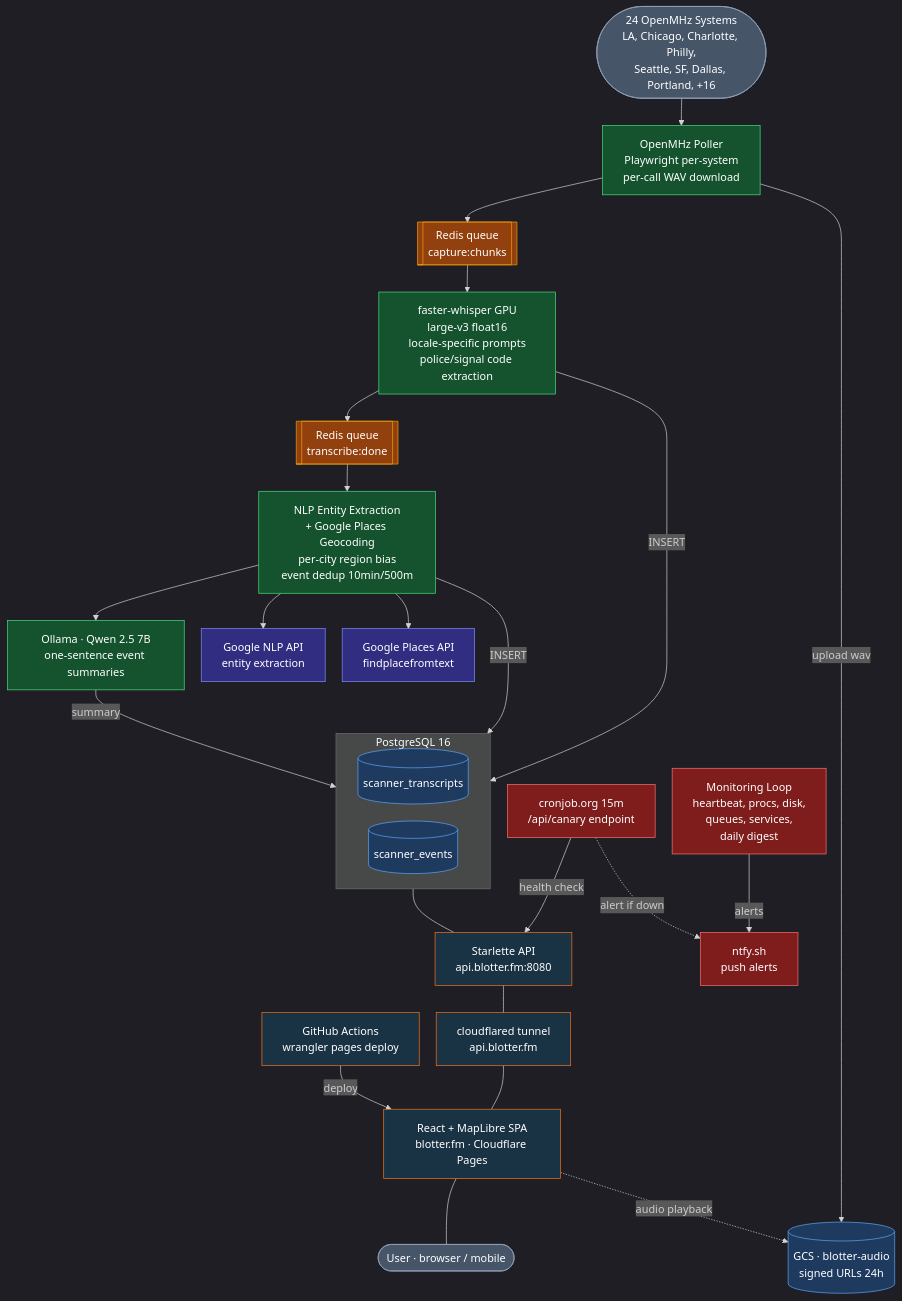
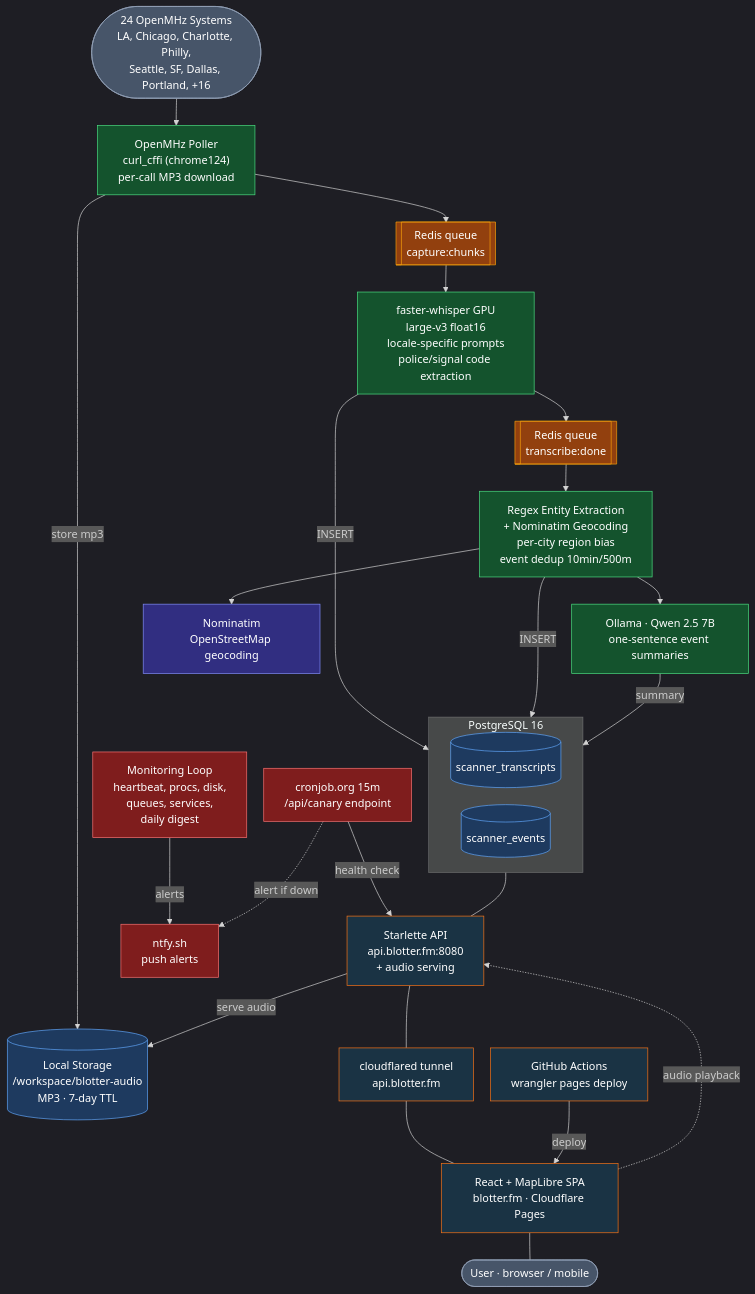
Before and after one commit to sean-reid/blotter: the diagram in README.md, drawn with Mermaid. The commit also changed other lines of this file and 1 other file, not shown here.

First line of the commit message:
Update architecture docs to reflect GCP removal

```diff
--- a/README.md
+++ b/README.md
@@ -14,7 +14,7 @@
 
   FEEDS(["24 OpenMHz Systems<br/>LA, Chicago, Charlotte, Philly,<br/>Seattle, SF, Dallas, Portland, +16"])
 
-  CAPTURE["OpenMHz Poller<br/>Playwright per-system<br/>per-call WAV download"]
+  CAPTURE["OpenMHz Poller<br/>curl_cffi (chrome124)<br/>per-call MP3 download"]
 
   Q1[["Redis queue<br/>capture:chunks"]]
 
@@ -22,7 +22,7 @@
 
   Q2[["Redis queue<br/>transcribe:done"]]
 
-  EXTRACT["NLP Entity Extraction<br/>+ Google Places Geocoding<br/>per-city region bias<br/>event dedup 10min/500m"]
+  EXTRACT["Regex Entity Extraction<br/>+ Nominatim Geocoding<br/>per-city region bias<br/>event dedup 10min/500m"]
 
   OLLAMA["Ollama · Qwen 2.5 7B<br/>one-sentence event summaries"]
 
@@ -32,14 +32,14 @@
     T_EV[("scanner_events")]
   end
 
-  API["Starlette API<br/>api.blotter.fm:8080"]
+  LOCAL[("Local Storage<br/>/workspace/blotter-audio<br/>MP3 · 7-day TTL")]
+
+  API["Starlette API<br/>api.blotter.fm:8080<br/>+ audio serving"]
   TUNNEL["cloudflared tunnel<br/>api.blotter.fm"]
   SPA["React + MapLibre SPA<br/>blotter.fm · Cloudflare Pages"]
   USER(["User · browser / mobile"])
 
-  GCS[("GCS · blotter-audio<br/>signed URLs 24h")]
-  GNLP["Google NLP API<br/>entity extraction"]
-  GPLACES["Google Places API<br/>findplacefromtext"]
+  NOM["Nominatim<br/>OpenStreetMap geocoding"]
 
   MON["Monitoring Loop<br/>heartbeat, procs, disk,<br/>queues, services,<br/>daily digest"]
   NTFY["ntfy.sh<br/>push alerts"]
@@ -62,11 +62,11 @@
   TUNNEL --- SPA
   SPA --- USER
 
-  CAPTURE -->|"upload wav"| GCS
-  SPA -.->|"audio playback"| GCS
+  CAPTURE -->|"store mp3"| LOCAL
+  API -->|"serve audio"| LOCAL
+  SPA -.->|"audio playback"| API
 
-  EXTRACT --> GNLP
-  EXTRACT --> GPLACES
+  EXTRACT --> NOM
 
   MON -->|"alerts"| NTFY
   CANARY -->|"health check"| API
@@ -77,15 +77,15 @@
   classDef queue fill:#92400e,stroke:#f59e0b,color:#fff
   classDef db fill:#1e3a5f,stroke:#60a5fa,color:#fff
   classDef stage fill:#14532d,stroke:#4ade80,color:#fff
-  classDef google fill:#312e81,stroke:#818cf8,color:#fff
+  classDef ext fill:#312e81,stroke:#818cf8,color:#fff
   classDef alert fill:#7f1d1d,stroke:#f87171,color:#fff
   classDef serve fill:#1a3344,stroke:#f97316,color:#fff
   classDef user fill:#475569,stroke:#94a3b8,color:#fff
 
   class Q1,Q2 queue
-  class T_TX,T_EV,GCS db
+  class T_TX,T_EV,LOCAL db
   class CAPTURE,WHISPER,EXTRACT,OLLAMA stage
-  class GNLP,GPLACES google
+  class NOM ext
   class NTFY,CANARY,MON alert
   class TUNNEL,API,SPA serve
   class USER,FEEDS user
```
